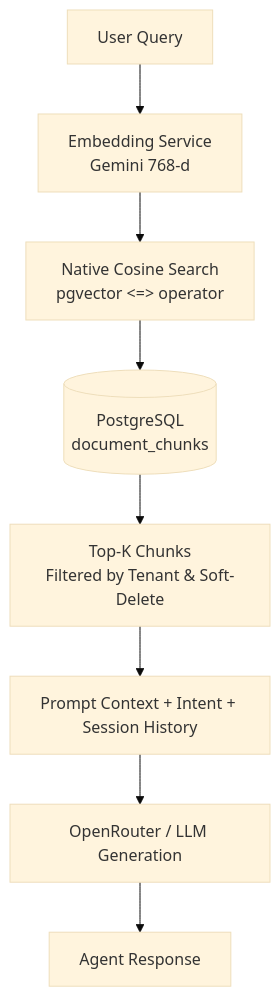
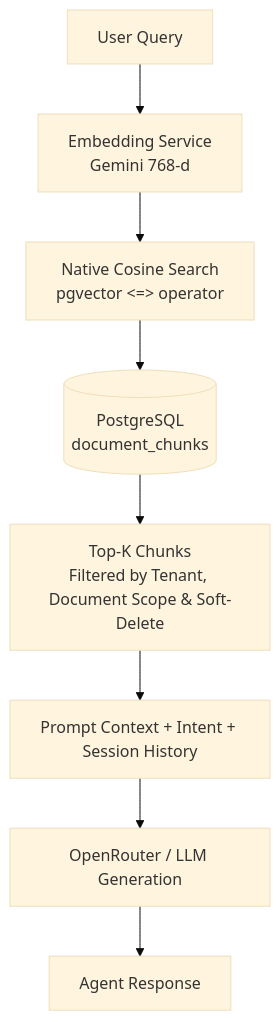
One commit to swamys123/FinDocAgent changed the diagram in docs/vector-search-and-retrieval-strategy.md. Above: the diagram before and after it, drawn with Mermaid (base theme). The commit also changed other lines of this file and 2 other files, not shown here.

````diff
--- a/docs/vector-search-and-retrieval-strategy.md
+++ b/docs/vector-search-and-retrieval-strategy.md
@@ -34,10 +34,10 @@
 ```mermaid
 flowchart TD
     UserQuery[User Query] --> Embedder[Embedding Service\nGemini 768-d]
     Embedder --> VectorQuery[Native Cosine Search\npgvector <=> operator]
     VectorQuery --> DB[(PostgreSQL\ndocument_chunks)]
-    DB --> FilteredChunks[Top-K Chunks\nFiltered by Tenant & Soft-Delete]
+    DB --> FilteredChunks[Top-K Chunks\nFiltered by Tenant, Document Scope & Soft-Delete]
     FilteredChunks --> Prompt[Prompt Context + Intent + Session History]
     Prompt --> LLM[OpenRouter / LLM Generation]
     LLM --> Response[Agent Response]
 ```
````
